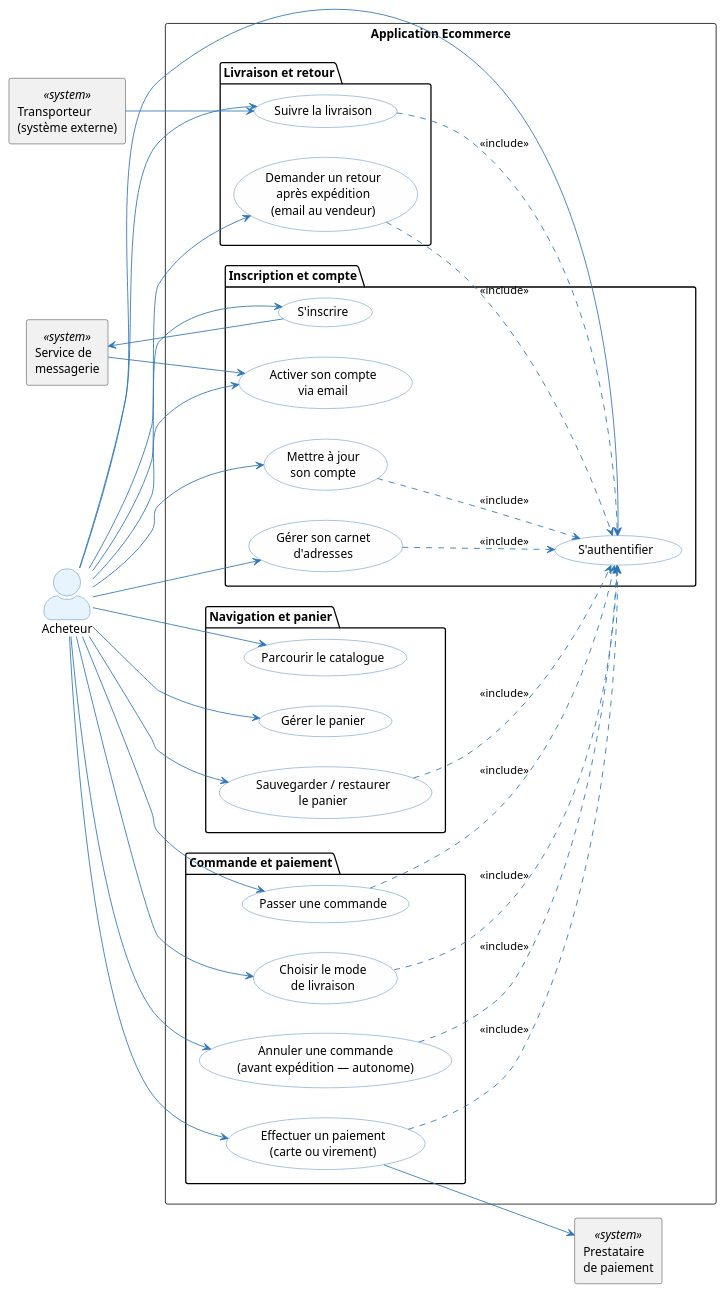
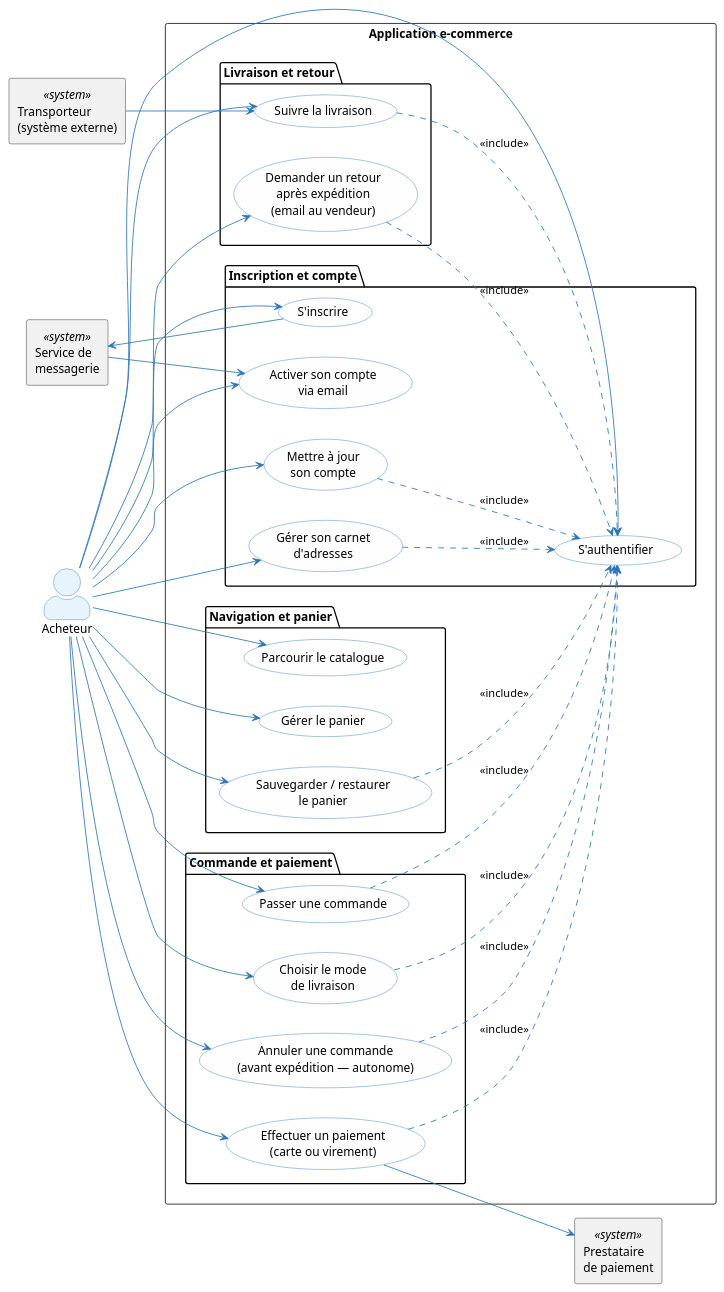
Before and after one commit to louistalvande/online_shop: the third of 4 diagrams in architecture/01-operational-analysis/oa.adoc, drawn with PlantUML. The commit also changed other lines of this file and 12 other files, not shown here.

```diff
--- a/architecture/01-operational-analysis/oa.adoc
+++ b/architecture/01-operational-analysis/oa.adoc
@@ -251,75 +251,75 @@
 [plantuml, oa-uc-buyer, svg]
 ----
 skinparam actorStyle awesome
 skinparam usecase {
   BackgroundColor #FEFEFE
   BorderColor #2E75B6
   ArrowColor #2E75B6
 }
 skinparam actor {
   BackgroundColor #E8F4FD
   BorderColor #2E75B6
 }
 
 left to right direction
 
 actor "Acheteur" as Buyer
 rectangle "Service de\nmessagerie" as Mail <<system>>
 rectangle "Prestataire\nde paiement" as Payment <<system>>
 rectangle "Transporteur\n(système externe)" as Carrier <<system>>
 
-rectangle "Application Ecommerce" {
+rectangle "Application e-commerce" {
   package "Inscription et compte" {
     usecase (S'inscrire) as UC_B0
     usecase (Activer son compte\nvia email) as UC_B0B
     usecase (S'authentifier) as UC_B_AUTH
     usecase (Mettre à jour\nson compte) as UC_B_ACC
     usecase (Gérer son carnet\nd'adresses) as UC_B_ADDR
   }
   package "Navigation et panier" {
     usecase (Parcourir le catalogue) as UC_B1
     usecase (Gérer le panier) as UC_B2
     usecase (Sauvegarder / restaurer\nle panier) as UC_B2B
   }
   package "Commande et paiement" {
     usecase (Passer une commande) as UC_B3
     usecase (Choisir le mode\nde livraison) as UC_B4B
     usecase "Effectuer un paiement\n(carte ou virement)" as UC_B4
     usecase "Annuler une commande\n(avant expédition — autonome)" as UC_B6
   }
   package "Livraison et retour" {
     usecase (Suivre la livraison) as UC_B5
     usecase "Demander un retour\naprès expédition\n(email au vendeur)" as UC_B7
   }
 }
 
 Buyer --> UC_B0
 Buyer --> UC_B0B
 Buyer --> UC_B_AUTH
 Buyer --> UC_B_ACC
 Buyer --> UC_B_ADDR
 Buyer --> UC_B1
 Buyer --> UC_B2
 Buyer --> UC_B2B
 Buyer --> UC_B3
 Buyer --> UC_B4B
 Buyer --> UC_B4
 Buyer --> UC_B5
 Buyer --> UC_B6
 Buyer --> UC_B7
 
 UC_B_ACC ..> UC_B_AUTH : <<include>>
 UC_B_ADDR ..> UC_B_AUTH : <<include>>
 UC_B2B ..> UC_B_AUTH : <<include>>
 UC_B3 ..> UC_B_AUTH : <<include>>
 UC_B4B ..> UC_B_AUTH : <<include>>
 UC_B4 ..> UC_B_AUTH : <<include>>
 UC_B5 ..> UC_B_AUTH : <<include>>
 UC_B6 ..> UC_B_AUTH : <<include>>
 UC_B7 ..> UC_B_AUTH : <<include>>
 
 UC_B0 --> Mail
 Mail --> UC_B0B
 UC_B4 --> Payment
 Carrier --> UC_B5
 ----
```
